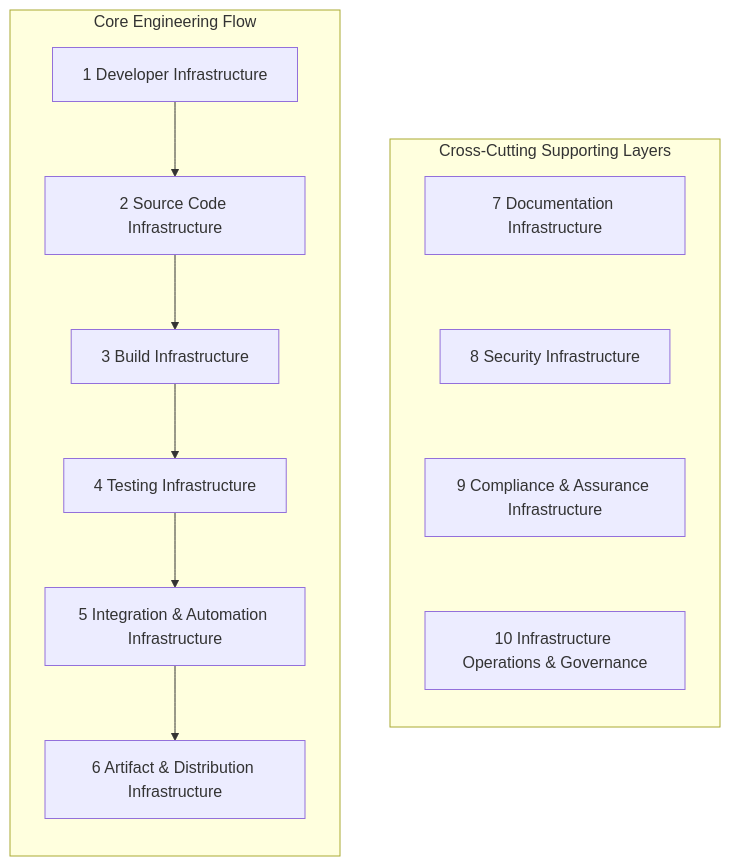
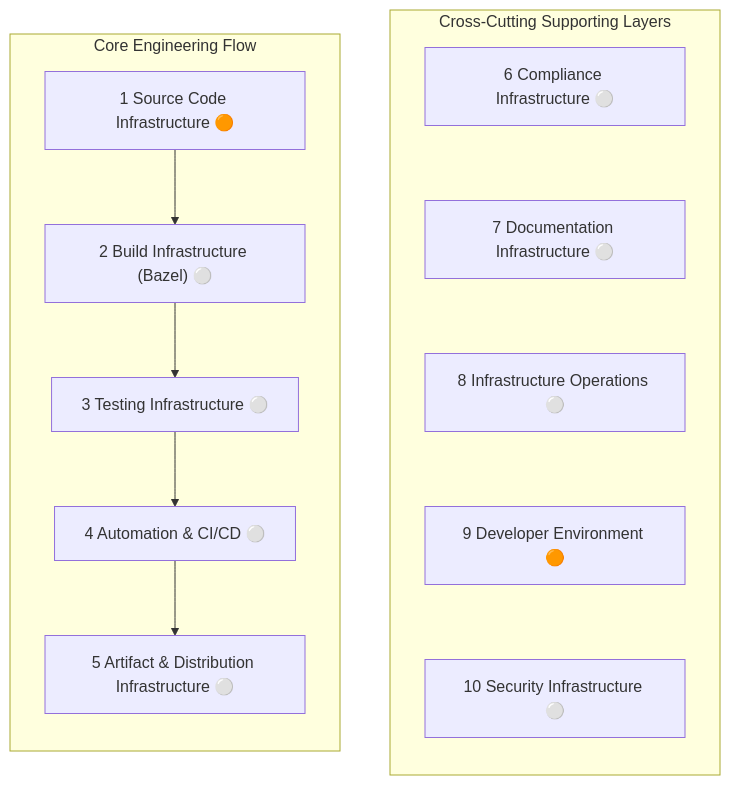
The diagram in docs/index.md (eclipse-score/infrastructure), drawn with Mermaid before and after one commit. The commit also changed other lines of this file and 11 other files, not shown here.

````diff
--- a/docs/index.md
+++ b/docs/index.md
@@ -25,31 +25,44 @@
 ```mermaid
 flowchart LR
 
 subgraph FLOW["Core Engineering Flow"]
-    DEV["1 Developer Infrastructure"]
-    SRC["2 Source Code Infrastructure"]
-    BUILD["3 Build Infrastructure"]
-    TEST["4 Testing Infrastructure"]
-    INT["5 Integration & Automation Infrastructure"]
-    ART["6 Artifact & Distribution Infrastructure"]
+    C1["1 Source Code Infrastructure 🟠"]
+    C2["2 Build Infrastructure (Bazel) ⚪"]
+    C3["3 Testing Infrastructure ⚪"]
+    C4["4 Automation & CI/CD ⚪"]
+    C5["5 Artifact & Distribution Infrastructure ⚪"]
 
-    DEV --> SRC --> BUILD --> TEST --> INT --> ART
+    C1 --> C2 --> C3 --> C4 --> C5
 end
 
 subgraph SUPPORT["Cross-Cutting Supporting Layers"]
-    DOC["7 Documentation Infrastructure"]
-    SEC["8 Security Infrastructure"]
-    COMP["9 Compliance & Assurance Infrastructure"]
-    OPS["10 Infrastructure Operations & Governance"]
+    C6["6 Compliance Infrastructure ⚪"]
+    C7["7 Documentation Infrastructure ⚪"]
+    C8["8 Infrastructure Operations ⚪"]
+    C9["9 Developer Environment 🟠"]
+    C10["10 Security Infrastructure ⚪"]
 end
 
-%% Hidden edge to force layout:
+%% Hidden edges to force layout:
 FLOW --- SUPPORT
-DOC --- SEC
-SEC --- COMP
-COMP --- OPS
+C6 --- C7
+C7 --- C8
+C8 --- C9
+C9 --- C10
+linkStyle 4 stroke-width:0px
 linkStyle 5 stroke-width:0px
 linkStyle 6 stroke-width:0px
 linkStyle 7 stroke-width:0px
 linkStyle 8 stroke-width:0px
+
+click C1 href "chapters/01-source-code-infrastructure/" "Open chapter 1"
+click C2 href "chapters/02-build-infrastructure/" "Open chapter 2"
+click C3 href "chapters/03-testing-infrastructure/" "Open chapter 3"
+click C4 href "chapters/04-automation-integration/" "Open chapter 4"
+click C5 href "chapters/05-artifact-distribution/" "Open chapter 5"
+click C6 href "chapters/06-compliance-infrastructure/" "Open chapter 6"
+click C7 href "chapters/07-documentation-infrastructure/" "Open chapter 7"
+click C8 href "chapters/08-infrastructure-operations/" "Open chapter 8"
+click C9 href "chapters/09-developer-environment/" "Open chapter 9"
+click C10 href "chapters/10-security-infrastructure/" "Open chapter 10"
 ```
````
